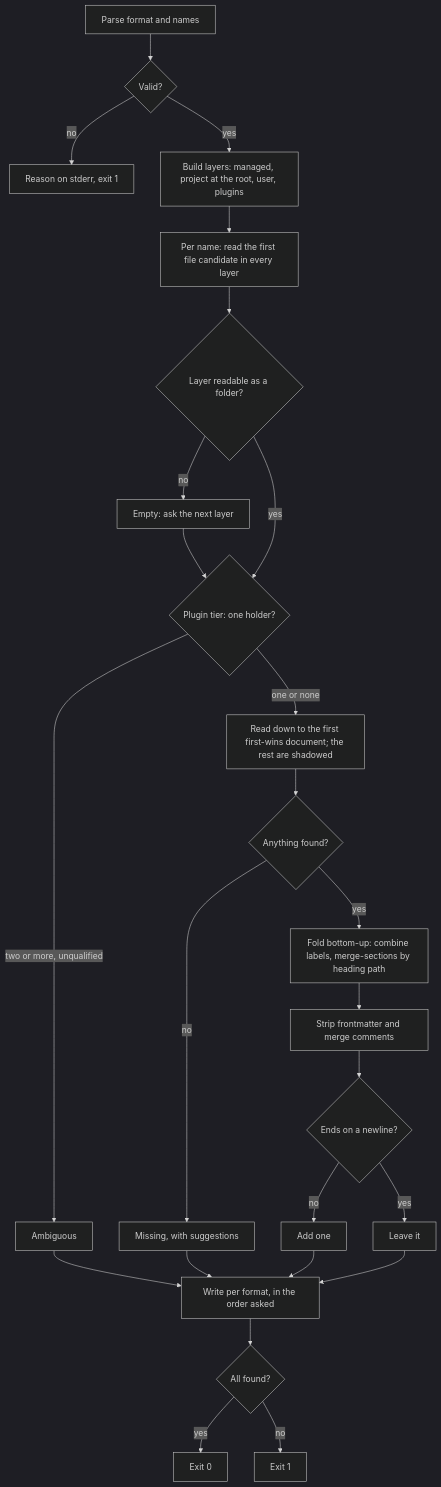
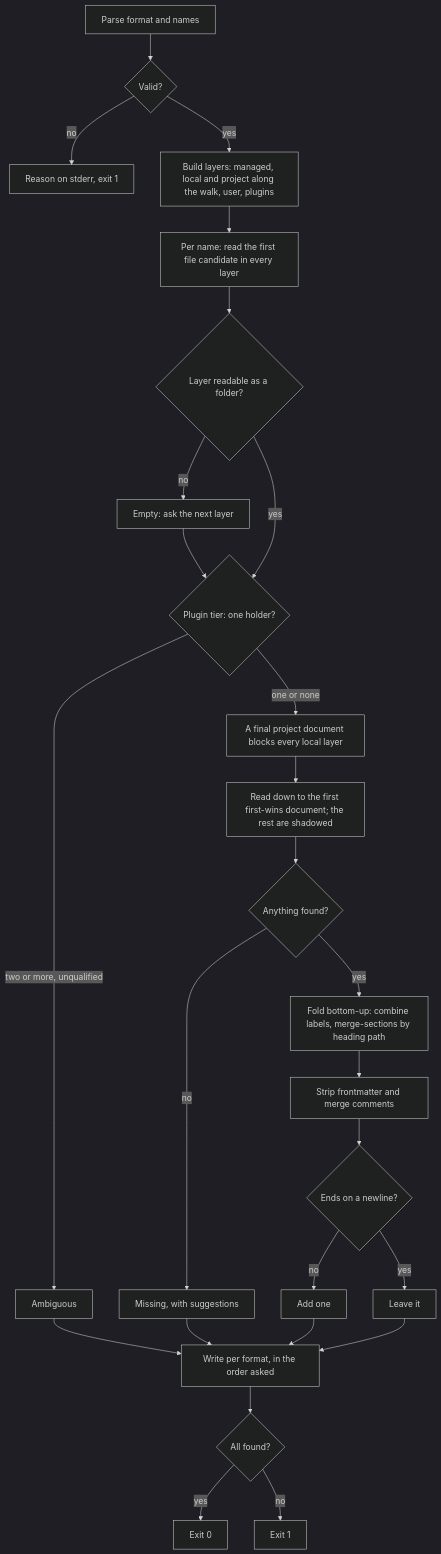
One commit to repobuddy/buddy-agent-harness changed the first of 2 diagrams in packages/buddy-agent-harness/.agents/spec/cli/references/README.md. Above: the diagram before and after it, drawn with Mermaid (dark theme). The commit also changed other lines of this file and 12 other files, not shown here.

First line of the commit message:
feat(reference): add the local tier, the monorepo walk, and final (#184)

````diff
--- a/packages/buddy-agent-harness/.agents/spec/cli/references/README.md
+++ b/packages/buddy-agent-harness/.agents/spec/cli/references/README.md
@@ -194,27 +216,28 @@
 ```mermaid
 flowchart TD
   A[Parse format and names] --> B{Valid?}
   B -->|no| C[Reason on stderr, exit 1]
-  B -->|yes| D[Build layers: managed, project at the root, user, plugins]
+  B -->|yes| D[Build layers: managed, local and project along the walk, user, plugins]
   D --> E[Per name: read the first file candidate in every layer]
   E --> E1{Layer readable as a folder?}
   E1 -->|no| E2[Empty: ask the next layer]
   E1 -->|yes| F{Plugin tier: one holder?}
   E2 --> F
   F -->|two or more, unqualified| G[Ambiguous]
-  F -->|one or none| K[Read down to the first first-wins document; the rest are shadowed]
+  F -->|one or none| F2[A final project document blocks every local layer]
+  F2 --> K[Read down to the first first-wins document; the rest are shadowed]
   K --> L{Anything found?}
   L -->|no| M[Missing, with suggestions]
   L -->|yes| N[Fold bottom-up: combine labels, merge-sections by heading path]
   N --> O[Strip frontmatter and merge comments]
   O --> O1{Ends on a newline?}
   O1 -->|no| O2[Add one]
   O1 -->|yes| O3[Leave it]
   O2 --> P
   O3 --> P
   G --> P[Write per format, in the order asked]
   M --> P
   P --> Q{All found?}
   Q -->|yes| R[Exit 0]
   Q -->|no| S[Exit 1]
 ```
````
